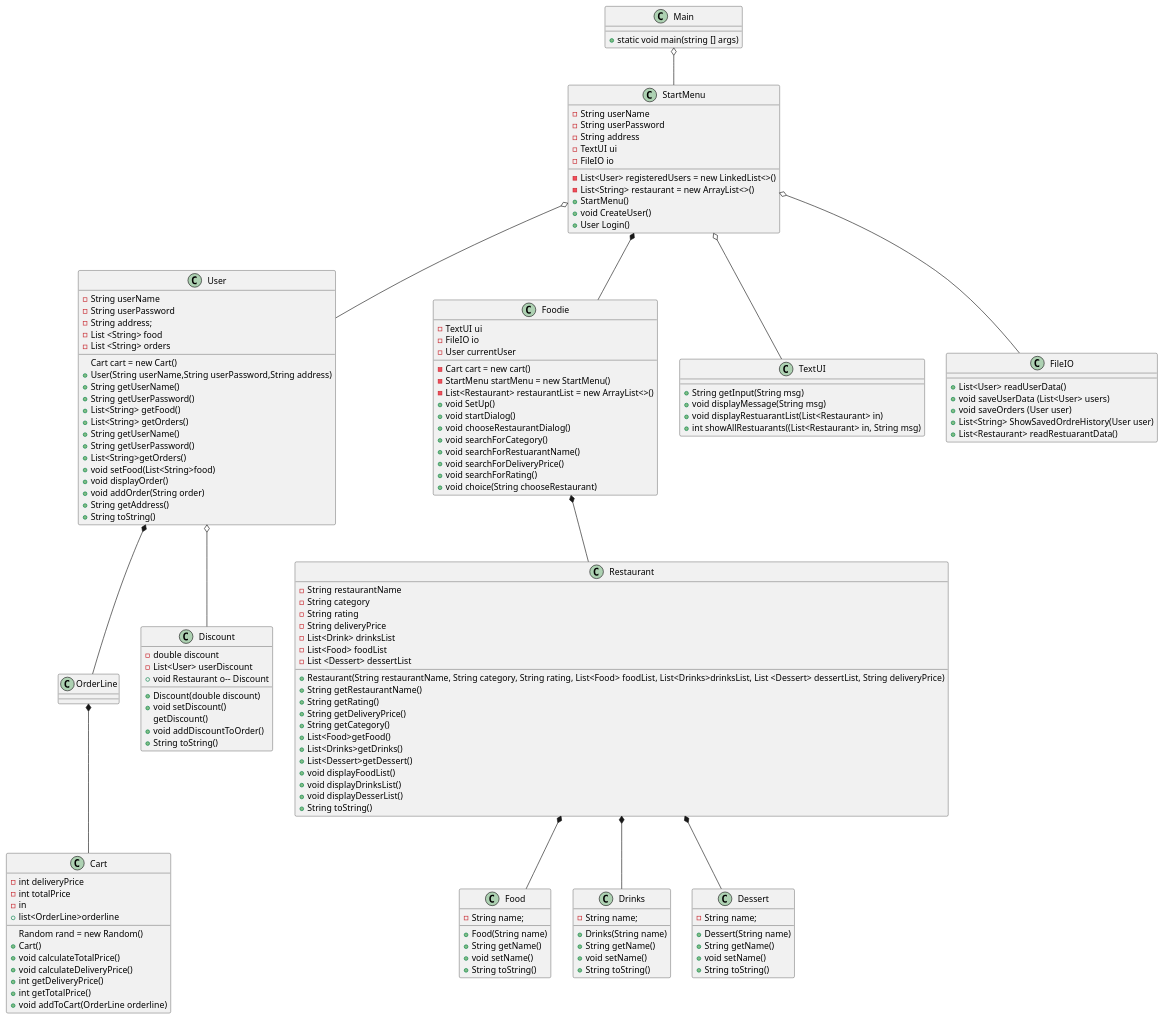
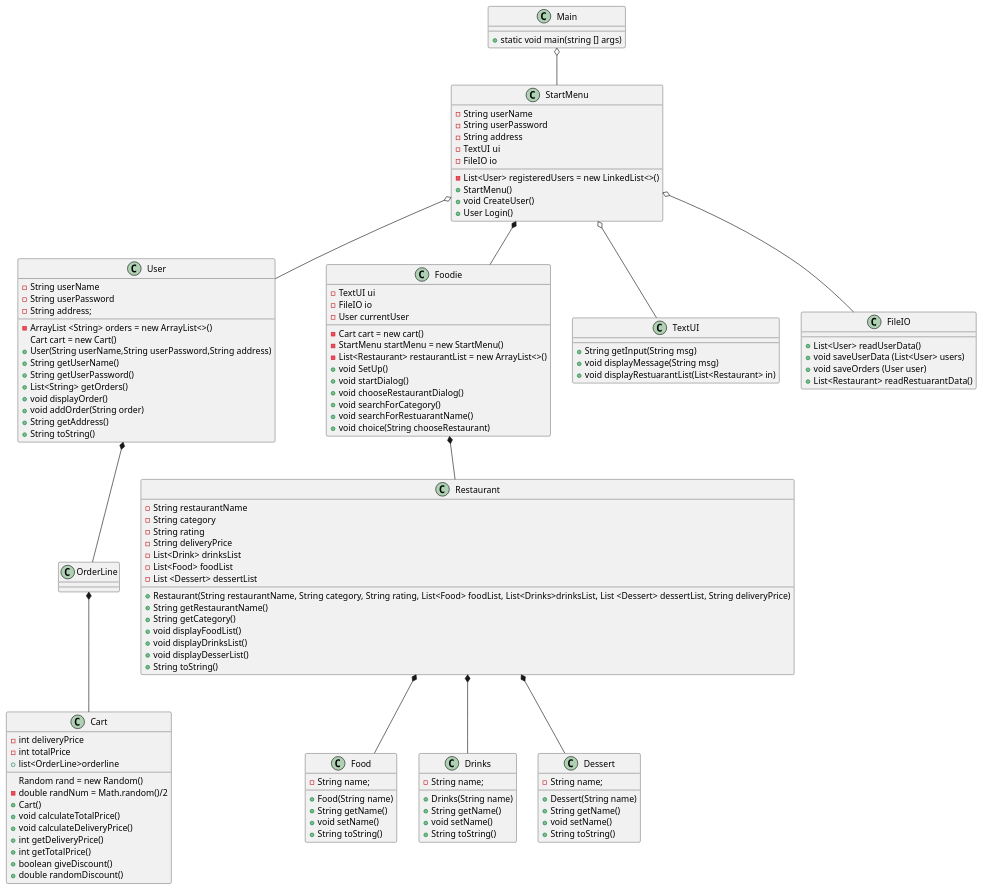
One commit to Madihakhan1/ICE-2024 changed the diagram in Doc/ClassDiagram1.3.puml. Above: the diagram before and after it, drawn with PlantUML.

Commit message:
Changes by Agnethe Christensen

```diff
--- a/Doc/ClassDiagram1.3.puml
+++ b/Doc/ClassDiagram1.3.puml
@@ -1,170 +1,144 @@
 @startuml
 'https://plantuml.com/object-diagram
 
 class Main{
 + static void main(string [] args)
 }
 
 class StartMenu{
 - String userName
 - String userPassword
 - String address
 - List<User> registeredUsers = new LinkedList<>()
-- List<String> restaurant = new ArrayList<>()
 - TextUI ui
 - FileIO io
 + StartMenu()
 + void CreateUser()
 + User Login()
 }
 
 class User{
 - String userName
 - String userPassword
 - String address;
-- List <String> food
-- List <String> orders
+- ArrayList <String> orders = new ArrayList<>()
   Cart cart = new Cart()
 + User(String userName,String userPassword,String address)
 + String getUserName()
 + String getUserPassword()
-+ List<String> getFood()
 + List<String> getOrders()
-+ String getUserName()
-+ String getUserPassword()
-+ List<String>getOrders()
-+ void setFood(List<String>food)
 + void displayOrder()
 + void addOrder(String order)
 + String getAddress()
 + String toString()
 }
 
 class OrderLine{
 
 }
 
 
 class Cart{
 Random rand = new Random()
 - int deliveryPrice
 - int totalPrice
-- in
+- double randNum = Math.random()/2
 + list<OrderLine>orderline
 + Cart()
 + void calculateTotalPrice()
 + void calculateDeliveryPrice()
 + int getDeliveryPrice()
 + int getTotalPrice()
-+ void addToCart(OrderLine orderline)
++ boolean giveDiscount()
++ double randomDiscount()
 }
 
  class Restaurant{
 - String restaurantName
 - String category
 - String rating
 - String deliveryPrice
 - List<Drink> drinksList
 - List<Food> foodList
 - List <Dessert> dessertList
 + Restaurant(String restaurantName, String category, String rating, List<Food> foodList, List<Drinks>drinksList, List <Dessert> dessertList, String deliveryPrice)
 + String getRestaurantName()
-+ String getRating()
-+ String getDeliveryPrice()
 + String getCategory()
-+ List<Food>getFood()
-+ List<Drinks>getDrinks()
-+ List<Dessert>getDessert()
 + void displayFoodList()
 + void displayDrinksList()
 + void displayDesserList()
 + String toString()
 }
 
 class Foodie{
 - TextUI ui
 - FileIO io
 - Cart cart = new cart()
 - StartMenu startMenu = new StartMenu()
 - User currentUser
 - List<Restaurant> restaurantList = new ArrayList<>()
 + void SetUp()
 + void startDialog()
 + void chooseRestaurantDialog()
 + void searchForCategory()
 + void searchForRestuarantName()
-+ void searchForDeliveryPrice()
-+ void searchForRating()
 + void choice(String chooseRestaurant)
 }
 
 class Food{
 - String name;
 + Food(String name)
 + String getName()
 + void setName()
 + String toString()
 }
 
 class Drinks{
 - String name;
 + Drinks(String name)
 + String getName()
 + void setName()
 + String toString()
 }
 
 class Dessert{
 - String name;
 + Dessert(String name)
 + String getName()
 + void setName()
 + String toString()
 }
 
-class Discount{
-- double discount
-- List<User> userDiscount
-+ Discount(double discount)
-+ void setDiscount()
-+ void Restaurant o-- Discount
-getDiscount()
-+ void addDiscountToOrder()
-+ String toString()
-}
 
 class TextUI{
 + String getInput(String msg)
 + void displayMessage(String msg)
 + void displayRestuarantList(List<Restaurant> in)
-+ int showAllRestuarants((List<Restaurant> in, String msg)
 }
 
 class FileIO{
 + List<User> readUserData()
 + void saveUserData (List<User> users)
 + void saveOrders (User user)
-+ List<String> ShowSavedOrdreHistory(User user)
 + List<Restaurant> readRestuarantData()
 }
 
 
 Main o-- StartMenu
 
 StartMenu o-- TextUI
 StartMenu o-- FileIO
 StartMenu o-- User
 StartMenu *-- Foodie
 
 Foodie *-- Restaurant
 
 User *-- OrderLine
-User o-- Discount
 
 OrderLine *-- Cart
 
 Restaurant *-- Food
 Restaurant *-- Drinks
 Restaurant *-- Dessert
 
 @enduml
```
